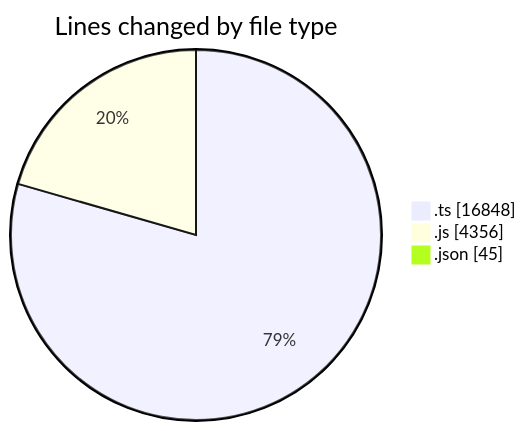
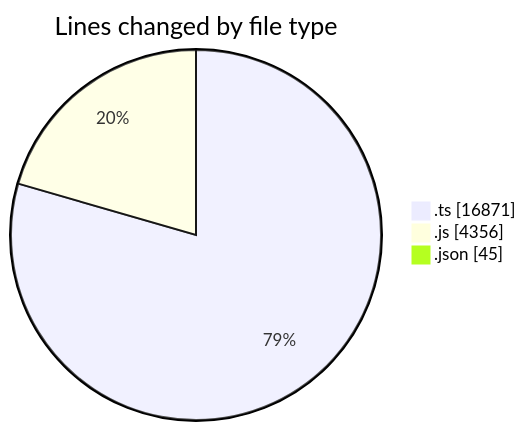
Before and after one commit to momahboobian/code-tracking: the first of 2 diagrams in 2025-07-29/cda/README.md, drawn with Mermaid. The commit also changed other lines of this file and 1 other file, not shown here.

````diff
--- a/2025-07-29/cda/README.md
+++ b/2025-07-29/cda/README.md
@@ -30,7 +30,7 @@
 ```mermaid
 pie showData
 title Lines changed by file type
-".ts" : 16848
+".ts" : 16871
 ".js" : 4356
 ".json" : 45
 ```
````
